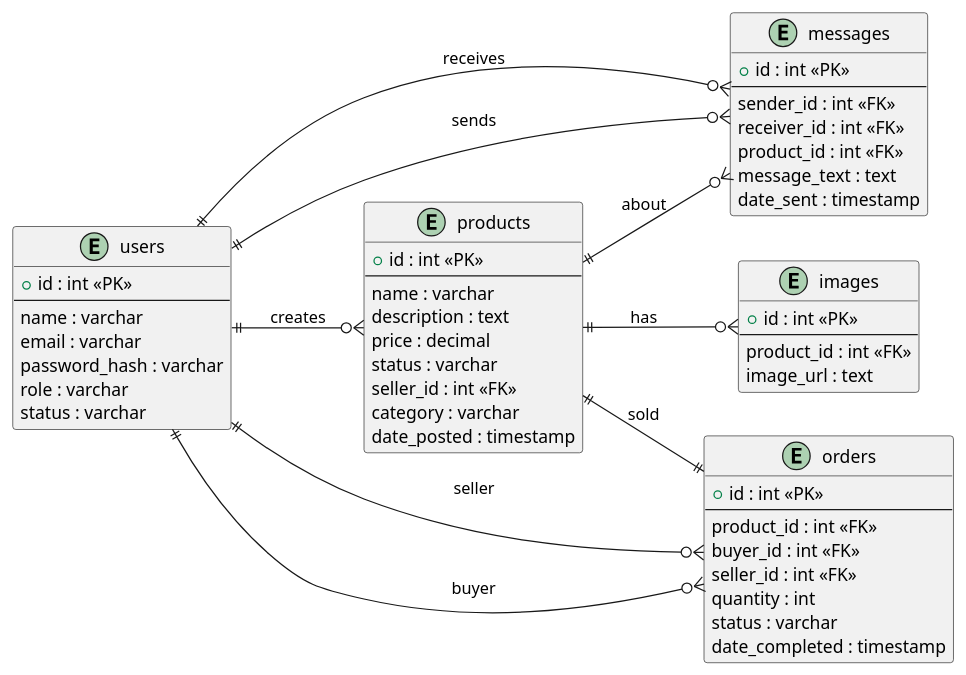
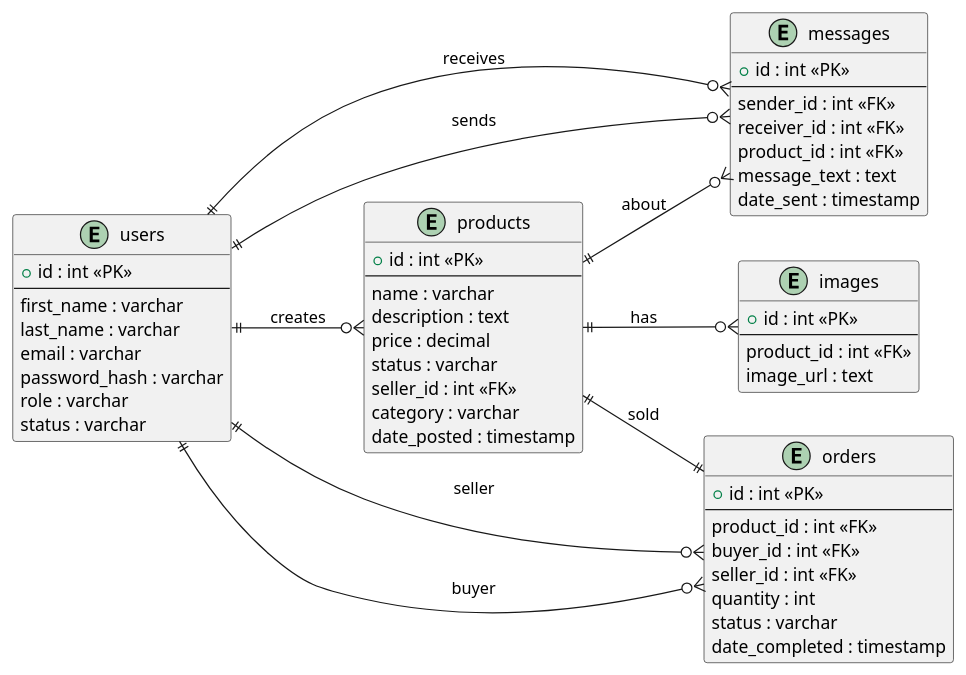
The diagram in Design Doc/Database_schema.puml (Esuyawkall/Campus-Marketplace), drawn with PlantUML before and after one commit. The commit also changed 20 other files, not shown here.

```diff
--- a/Design Doc/Database_schema.puml
+++ b/Design Doc/Database_schema.puml
@@ -1,66 +1,67 @@
 @startuml
 left to right direction
 
 entity users {
   +id : int <<PK>>
   --
-  name : varchar
+  first_name : varchar
+  last_name : varchar
   email : varchar
   password_hash : varchar
   role : varchar
   status : varchar
 }
 
 entity products {
   +id : int <<PK>>
   --
   name : varchar
   description : text
   price : decimal
   status : varchar
   seller_id : int <<FK>>
   category : varchar
   date_posted : timestamp
 }
 
 entity images {
   +id : int <<PK>>
   --
   product_id : int <<FK>>
   image_url : text
 }
 
 entity messages {
   +id : int <<PK>>
   --
   sender_id : int <<FK>>
   receiver_id : int <<FK>>
   product_id : int <<FK>>
   message_text : text
   date_sent : timestamp
 }
 
 entity orders {
   +id : int <<PK>>
   --
   product_id : int <<FK>>
   buyer_id : int <<FK>>
   seller_id : int <<FK>>
   quantity : int
   status : varchar
   date_completed : timestamp
 }
 
 ' Relationships
 users ||--o{ products : creates
 products ||--o{ images : has
 
 users ||--o{ messages : sends
 users ||--o{ messages : receives
 products ||--o{ messages : about
 
 users ||--o{ orders : buyer
 users ||--o{ orders : seller
 products ||--|| orders : sold
 
 @enduml
```
